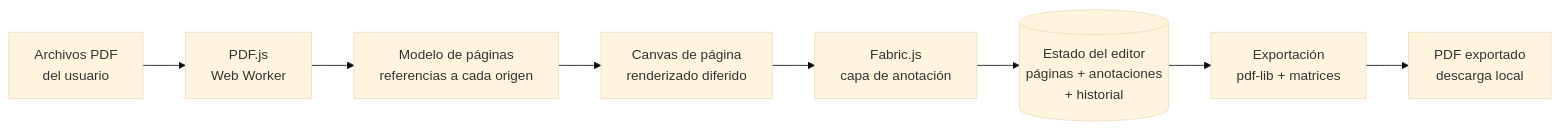
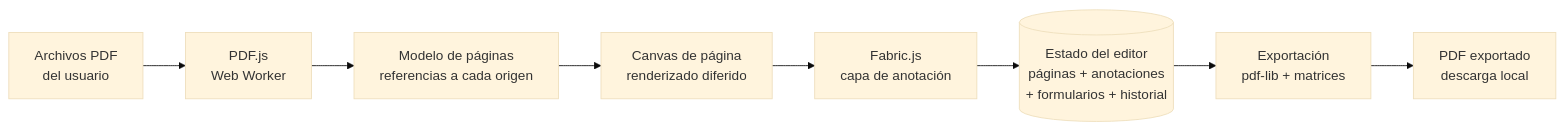
One commit to juanitomanoplateada/ytaPDF changed the diagram in README.md. Above: the diagram before and after it, drawn with Mermaid (base theme). The commit also changed other lines of this file and 46 other files, not shown here.

````diff
--- a/README.md
+++ b/README.md
@@ -136,10 +170,10 @@
 ```mermaid
 flowchart LR
     IN["Archivos PDF<br/>del usuario"] --> JS["PDF.js<br/>Web Worker"]
     JS --> REF["Modelo de páginas<br/>referencias a cada origen"]
     REF --> CV["Canvas de página<br/>renderizado diferido"]
     CV --> FAB["Fabric.js<br/>capa de anotación"]
-    FAB --> ST[("Estado del editor<br/>páginas + anotaciones<br/>+ historial")]
+    FAB --> ST[("Estado del editor<br/>páginas + anotaciones<br/>+ formularios + historial")]
     ST --> EXP["Exportación<br/>pdf-lib + matrices"]
     EXP --> OUT["PDF exportado<br/>descarga local"]
 ```
````
